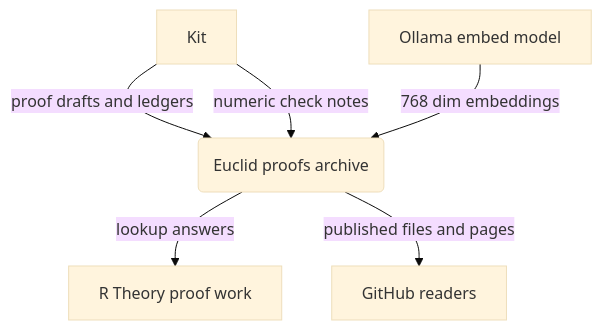
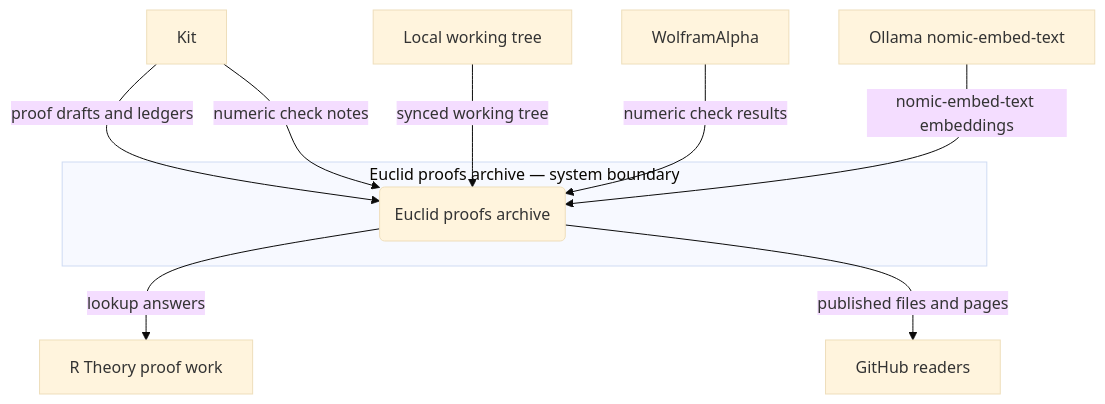
Before and after one commit to cosbykit-afk/euclid-proofs: the first of 3 diagrams in docs/architecture.md, drawn with Mermaid (base theme). The commit also changed other lines of this file, not shown here.

Commit message:
docs: improve architecture diagrams — grounded context, DFD, and ERD

````diff
--- a/docs/architecture.md
+++ b/docs/architecture.md
@@ -7,13 +13,19 @@
 ```mermaid
 flowchart
     E1["Kit"]
-    E2["R Theory proof work"]
-    E3["Ollama embed model"]
-    E4["GitHub readers"]
-    SYS("Euclid proofs archive")
+    E2["WolframAlpha"]
+    E3["Ollama nomic-embed-text"]
+    E4["R Theory proof work"]
+    E5["GitHub readers"]
+    E6["Local working tree"]
+    subgraph BOUNDARY["Euclid proofs archive — system boundary"]
+        SYS("Euclid proofs archive")
+    end
     E1 -->|"proof drafts and ledgers"| SYS
     E1 -->|"numeric check notes"| SYS
-    SYS -->|"lookup answers"| E2
-    E3 -->|"768 dim embeddings"| SYS
-    SYS -->|"published files and pages"| E4
+    E6 -->|"synced working tree"| SYS
+    E2 -->|"numeric check results"| SYS
+    E3 -->|"nomic-embed-text embeddings"| SYS
+    SYS -->|"lookup answers"| E4
+    SYS -->|"published files and pages"| E5
 ```
````
